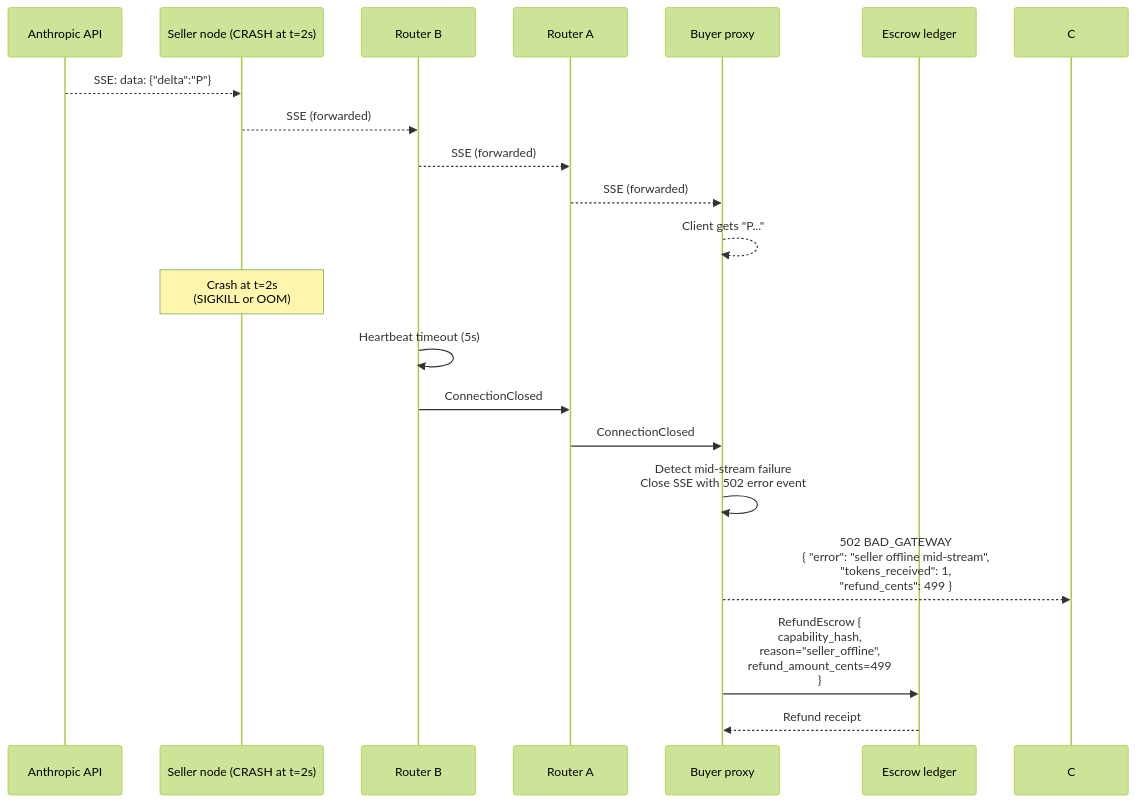
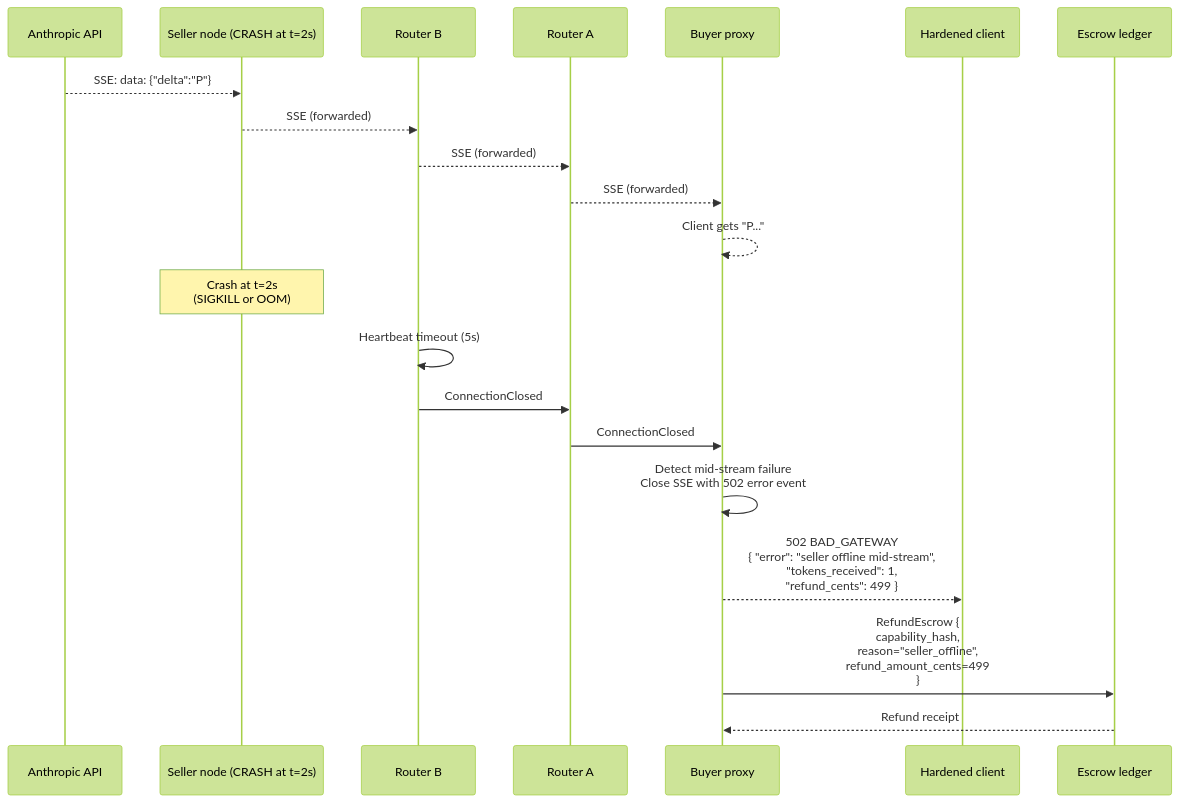
Before and after one commit to CipherOcto/cipherocto: diagram 12 of 14 in docs/architecture/end-to-end-scenarios.md, drawn with Mermaid (forest theme). The commit also changed other lines of this file, not shown here.

````diff
--- a/docs/architecture/end-to-end-scenarios.md
+++ b/docs/architecture/end-to-end-scenarios.md
@@ -489,25 +514,26 @@
 ```mermaid
 sequenceDiagram
     participant ANT as Anthropic API
     participant SN as Seller node (CRASH at t=2s)
     participant P2 as Router B
     participant P1 as Router A
     participant P0 as Buyer proxy
+    participant C as Hardened client
     participant E as Escrow ledger
 
     ANT-->>SN: SSE: data: {"delta":"P"}
     SN-->>P2: SSE (forwarded)
     P2-->>P1: SSE (forwarded)
     P1-->>P0: SSE (forwarded)
     P0-->>P0: Client gets "P..."
 
     Note over SN: Crash at t=2s<br/>(SIGKILL or OOM)
 
     P2->>P2: Heartbeat timeout (5s)
     P2->>P1: ConnectionClosed
     P1->>P0: ConnectionClosed
     P0->>P0: Detect mid-stream failure<br/>Close SSE with 502 error event
     P0-->>C: 502 BAD_GATEWAY<br/>{ "error": "seller offline mid-stream",<br/>  "tokens_received": 1,<br/>  "refund_cents": 499 }
     P0->>E: RefundEscrow {<br/>  capability_hash,<br/>  reason="seller_offline",<br/>  refund_amount_cents=499<br/>}
     E-->>P0: Refund receipt
 ```
````
